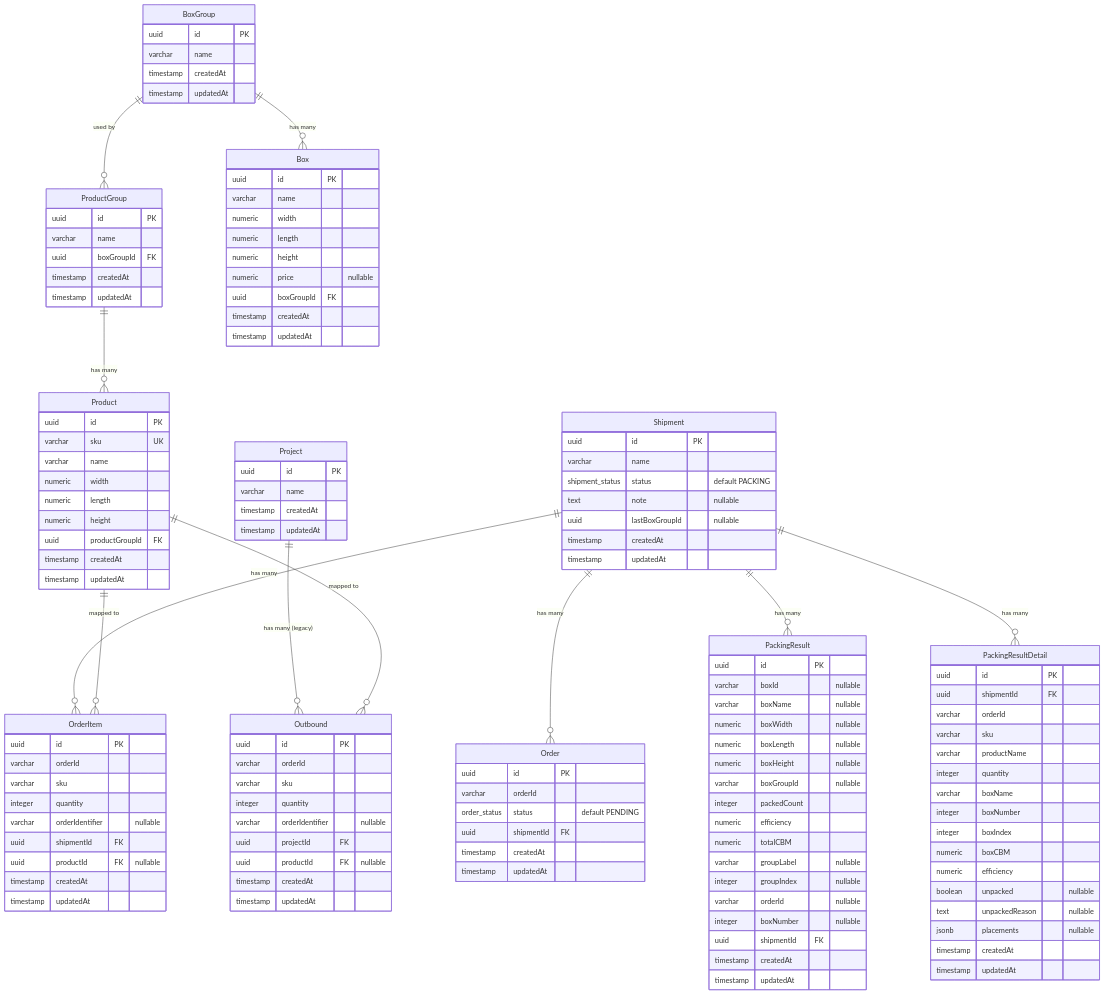
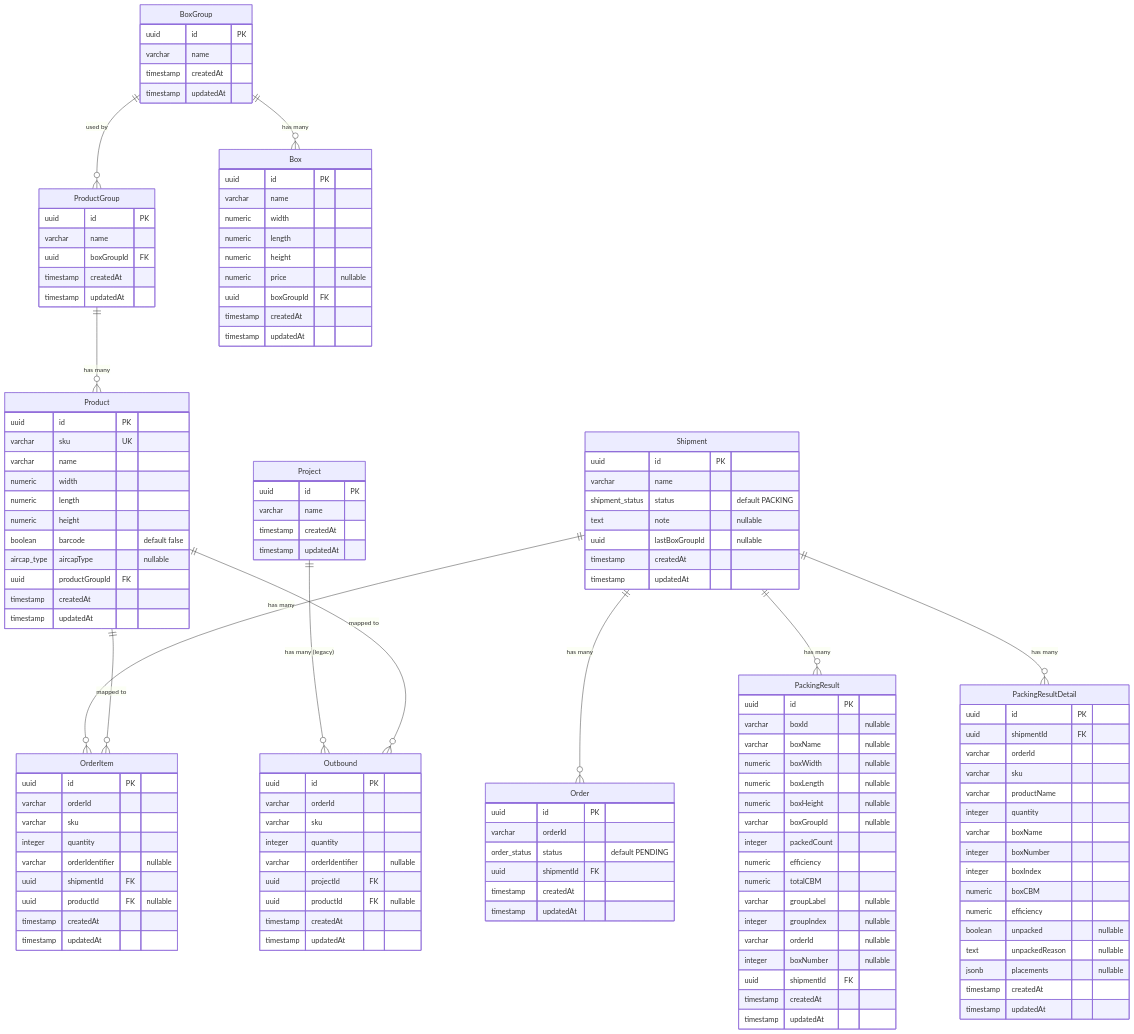
Before and after one commit to kangyeop/volume-calculation: the diagram in docs/db-schema.md, drawn with Mermaid. The commit also changed other lines of this file and 7 other files, not shown here.

First line of the commit message:
feat: products 테이블에 barcode/aircapType 필드 추가

```diff
--- a/docs/db-schema.md
+++ b/docs/db-schema.md
@@ -21,6 +21,8 @@
         numeric width
         numeric length
         numeric height
+        boolean barcode "default false"
+        aircap_type aircapType "nullable"
         uuid productGroupId FK
         timestamp createdAt
         timestamp updatedAt
```
